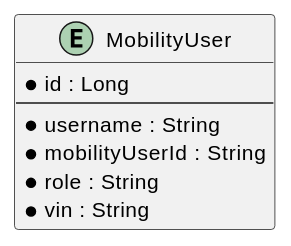
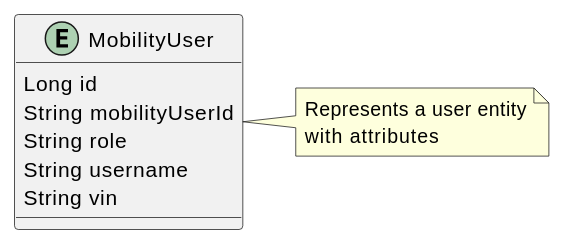
The sixth of 6 diagrams in usermanagement/documentation/detaileddesign.adoc (Dinesh-s95/AutoDoc.ai), drawn with PlantUML before and after one commit. The commit also changed other lines of this file and 23 other files, not shown here.

```diff
--- a/usermanagement/documentation/detaileddesign.adoc
+++ b/usermanagement/documentation/detaileddesign.adoc
@@ -267,14 +125,12 @@
-[plantuml, entity-relationship-diagram, png]
+[plantuml, er-diagram]
 ----
-@startuml
-entity "MobilityUser" {
-    * id : Long
-    --
-    * username : String
-    * mobilityUserId : String
-    * role : String
-    * vin : String
+entity MobilityUser {
+  Long id
+  String mobilityUserId
+  String role
+  String username
+  String vin
 }
 
-@enduml
+note right: Represents a user entity\nwith attributes
 ----
```
